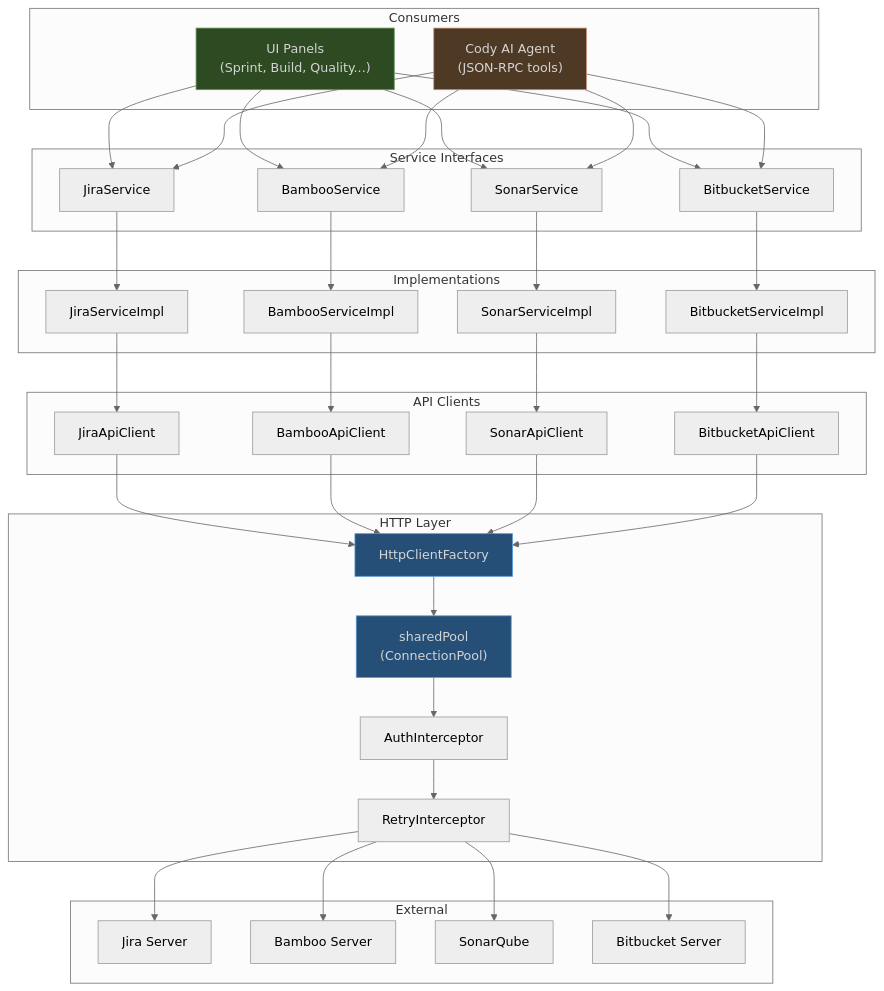
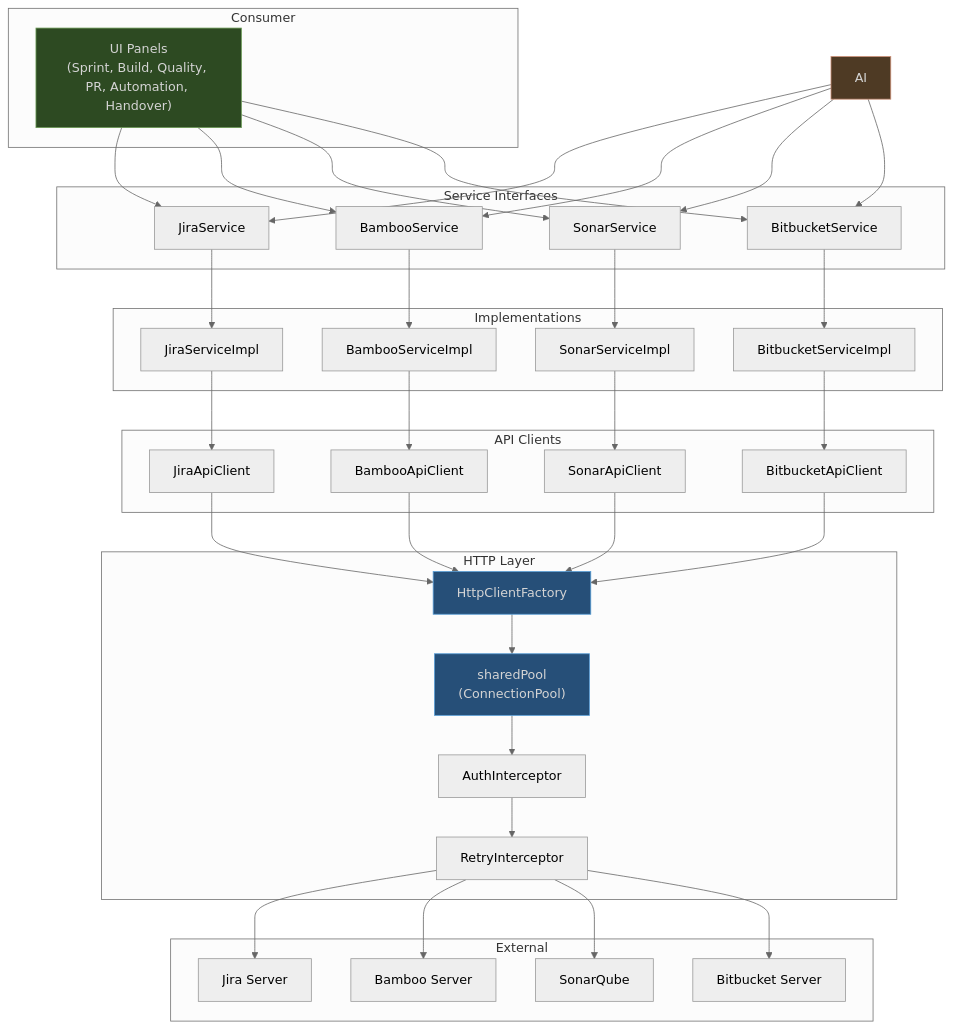
Before and after one commit to thenerdygeek/intellij-workflow-orchestrator: the second of 6 diagrams in docs/architecture/service-layer.md, drawn with Mermaid (neutral theme). The commit also changed other lines of this file and 4 other files, not shown here.

````diff
--- a/docs/architecture/service-layer.md
+++ b/docs/architecture/service-layer.md
@@ -40,71 +32,70 @@
 ```mermaid
 flowchart TD
-    subgraph Consumers
-        UI["UI Panels<br/>(Sprint, Build, Quality...)"]
-        AI["Cody AI Agent<br/>(JSON-RPC tools)"]
+    subgraph Consumer
+        UI["UI Panels<br/>(Sprint, Build, Quality, PR, Automation, Handover)"]
     end
 
     subgraph Service Interfaces
         JS["JiraService"]
         BS["BambooService"]
         SS["SonarService"]
         BBS["BitbucketService"]
     end
 
     subgraph Implementations
         JSI["JiraServiceImpl"]
         BSI["BambooServiceImpl"]
         SSI["SonarServiceImpl"]
         BBSI["BitbucketServiceImpl"]
     end
 
     subgraph API Clients
         JC["JiraApiClient"]
         BC["BambooApiClient"]
         SC["SonarApiClient"]
         BBC["BitbucketApiClient"]
     end
 
     subgraph HTTP Layer
         HCF["HttpClientFactory"]
         SP["sharedPool<br/>(ConnectionPool)"]
         AI2["AuthInterceptor"]
         RI["RetryInterceptor"]
     end
 
     subgraph External
         JiraExt["Jira Server"]
         BambooExt["Bamboo Server"]
         SonarExt["SonarQube"]
         BBExt["Bitbucket Server"]
     end
 
     UI --> JS & BS & SS & BBS
     AI --> JS & BS & SS & BBS
 
     JS --> JSI
     BS --> BSI
     SS --> SSI
     BBS --> BBSI
 
     JSI --> JC
     BSI --> BC
     SSI --> SC
     BBSI --> BBC
 
     JC --> HCF
     BC --> HCF
     SC --> HCF
     BBC --> HCF
 
     HCF --> SP
     SP --> AI2
     AI2 --> RI
 
     RI --> JiraExt & BambooExt & SonarExt & BBExt
 
     style UI fill:#2d4a22,stroke:#6a9955,color:#d4d4d4
     style AI fill:#4e3a24,stroke:#ce9178,color:#d4d4d4
     style HCF fill:#264f78,stroke:#569cd6,color:#d4d4d4
     style SP fill:#264f78,stroke:#569cd6,color:#d4d4d4
 ```
````
